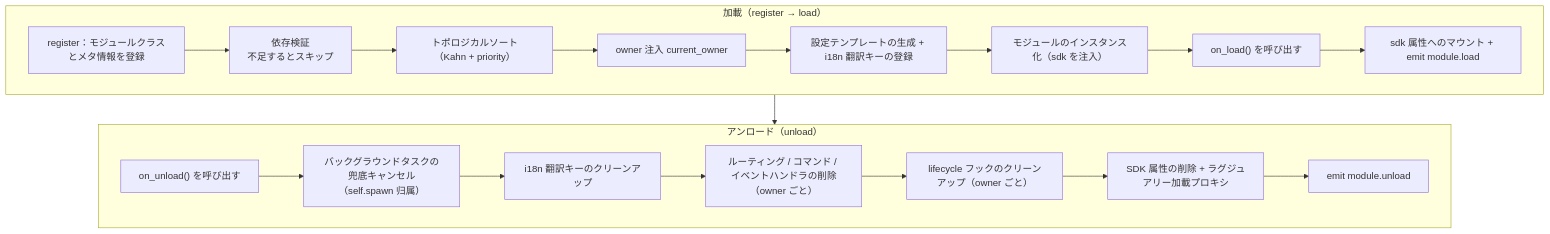
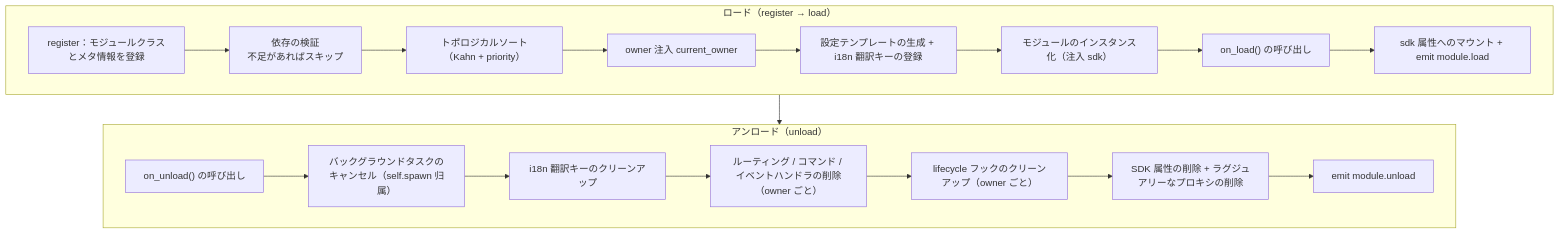
The diagram in docs/ja/developer-guide/modules/core-concepts.md (ErisPulse/ErisPulse), drawn with Mermaid before and after one commit. The commit also changed other lines of this file and 91 other files, not shown here.

````diff
--- a/docs/ja/developer-guide/modules/core-concepts.md
+++ b/docs/ja/developer-guide/modules/core-concepts.md
@@ -90,23 +90,23 @@
 ```mermaid
 flowchart TD
-    subgraph Load["加載（register → load）"]
-        L1["register：モジュールクラスとメタ情報を登録"] --> L2["依存検証<br/>不足するとスキップ"]
+    subgraph Load["ロード（register → load）"]
+        L1["register：モジュールクラスとメタ情報を登録"] --> L2["依存の検証<br/>不足があればスキップ"]
         L2 --> L3["トポロジカルソート（Kahn + priority）"]
         L3 --> L4["owner 注入 current_owner"]
         L4 --> L5["設定テンプレートの生成 + i18n 翻訳キーの登録"]
-        L5 --> L6["モジュールのインスタンス化（sdk を注入）"]
-        L6 --> L7["on_load() を呼び出す"]
+        L5 --> L6["モジュールのインスタンス化（注入 sdk）"]
+        L6 --> L7["on_load() の呼び出し"]
         L7 --> L8["sdk 属性へのマウント + emit module.load"]
     end
 
     subgraph Unload["アンロード（unload）"]
-        U1["on_unload() を呼び出す"] --> U2["バックグラウンドタスクの兜底キャンセル（self.spawn 归属）"]
+        U1["on_unload() の呼び出し"] --> U2["バックグラウンドタスクのキャンセル（self.spawn 归属）"]
         U2 --> U3["i18n 翻訳キーのクリーンアップ"]
         U3 --> U4["ルーティング / コマンド / イベントハンドラの削除（owner ごと）"]
         U4 --> U5["lifecycle フックのクリーンアップ（owner ごと）"]
-        U5 --> U6["SDK 属性の削除 + ラグジュアリー加載プロキシ"]
+        U5 --> U6["SDK 属性の削除 + ラグジュアリーなプロキシの削除"]
         U6 --> U7["emit module.unload"]
     end
 
     Load --> Unload
 ```
````
